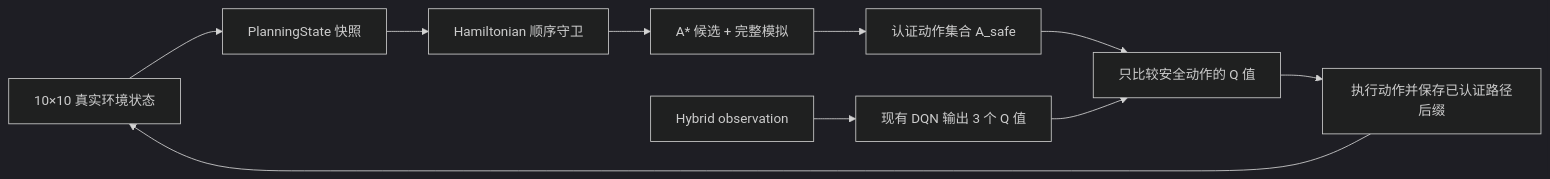
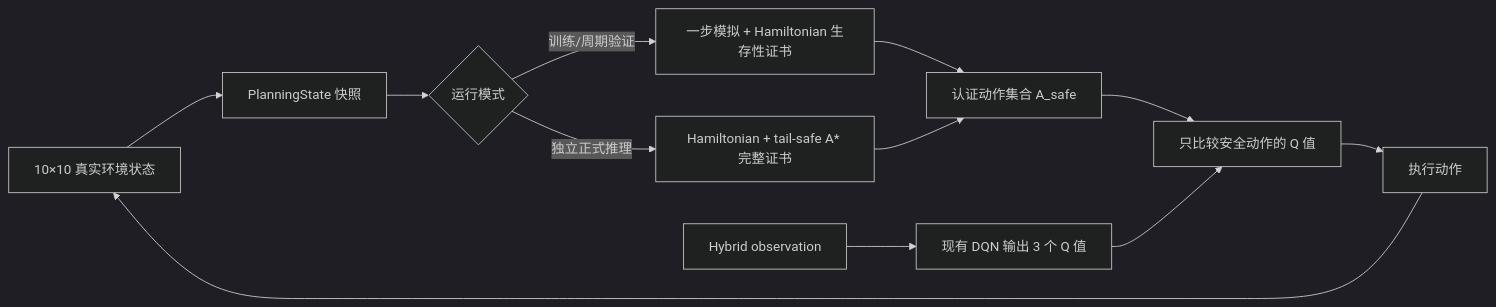
Before and after one commit to leijun0336-a11y/Snake: the diagram in docs/planning_10x10_hamiltonian_astar_guide.md, drawn with Mermaid (dark theme). The commit also changed other lines of this file and 7 other files, not shown here.

````diff
--- a/docs/planning_10x10_hamiltonian_astar_guide.md
+++ b/docs/planning_10x10_hamiltonian_astar_guide.md
@@ -33,12 +33,14 @@
 ```mermaid
 flowchart LR
     ENV["10×10 真实环境状态"] --> SNAP["PlanningState 快照"]
-    SNAP --> HAM["Hamiltonian 顺序守卫"]
-    HAM --> ASTAR["A* 候选 + 完整模拟"]
-    ASTAR --> SAFE["认证动作集合 A_safe"]
+    SNAP --> MODE{"运行模式"}
+    MODE -->|训练/周期验证| HAM["一步模拟 + Hamiltonian 生存性证书"]
+    MODE -->|独立正式推理| ASTAR["Hamiltonian + tail-safe A* 完整证书"]
+    HAM --> SAFE["认证动作集合 A_safe"]
+    ASTAR --> SAFE
     OBS["Hybrid observation"] --> DQN["现有 DQN 输出 3 个 Q 值"]
     SAFE --> MASK["只比较安全动作的 Q 值"]
     DQN --> MASK
-    MASK --> ACT["执行动作并保存已认证路径后缀"]
+    MASK --> ACT["执行动作"]
     ACT --> ENV
 ```
````
